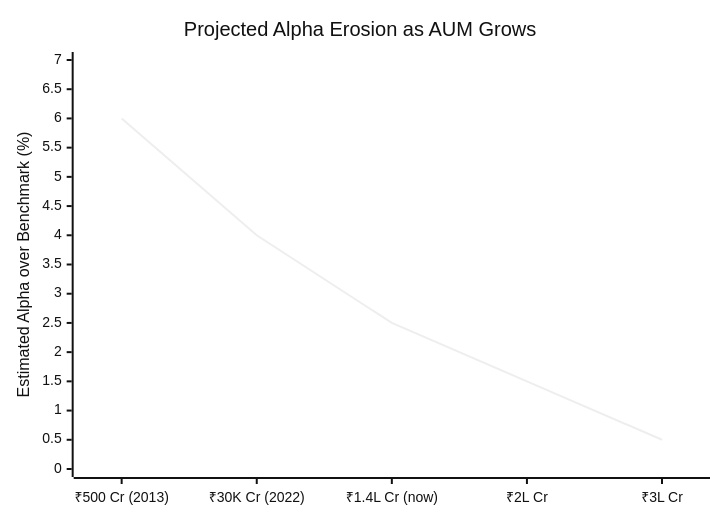
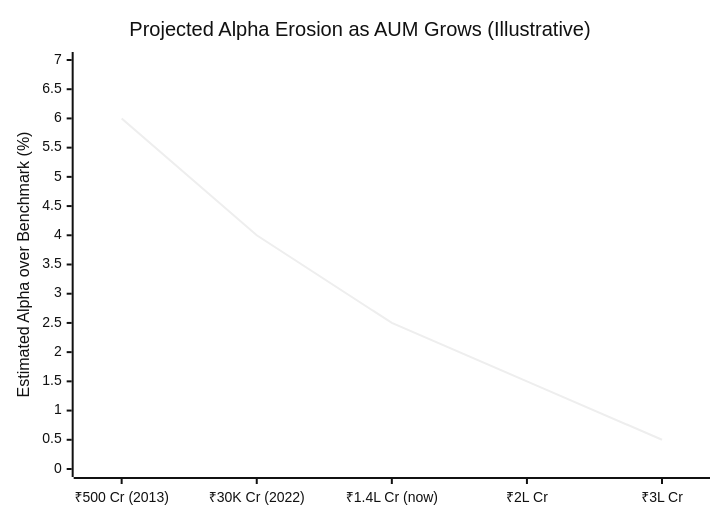
The eighth of 11 diagrams in Mutual Fund/FlexiCap/funds/parag_parikh/module4_cost.md (mayankutkarsh334/Investment), drawn with Mermaid (neutral theme) before and after one commit. The commit also changed other lines of this file and 4 other files, not shown here.

````diff
--- a/Mutual Fund/FlexiCap/funds/parag_parikh/module4_cost.md
+++ b/Mutual Fund/FlexiCap/funds/parag_parikh/module4_cost.md
@@ -107,7 +178,7 @@
 ```mermaid
 xychart-beta
-    title "Projected Alpha Erosion as AUM Grows"
+    title "Projected Alpha Erosion as AUM Grows (Illustrative)"
     x-axis ["₹500 Cr (2013)", "₹30K Cr (2022)", "₹1.4L Cr (now)", "₹2L Cr", "₹3L Cr"]
     y-axis "Estimated Alpha over Benchmark (%)" 0 --> 7
     line [6.0, 4.0, 2.5, 1.5, 0.5]
 ```
````
